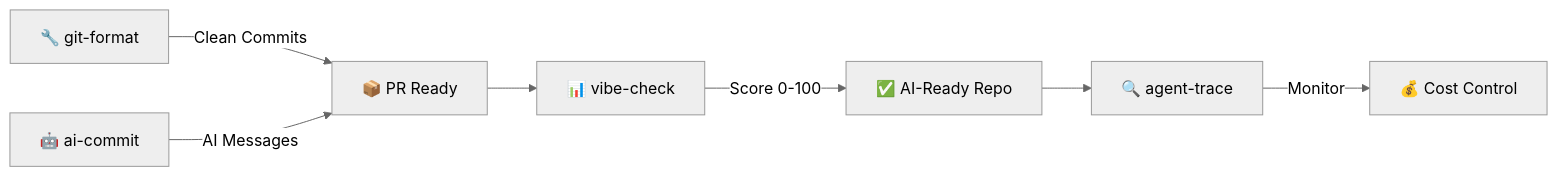
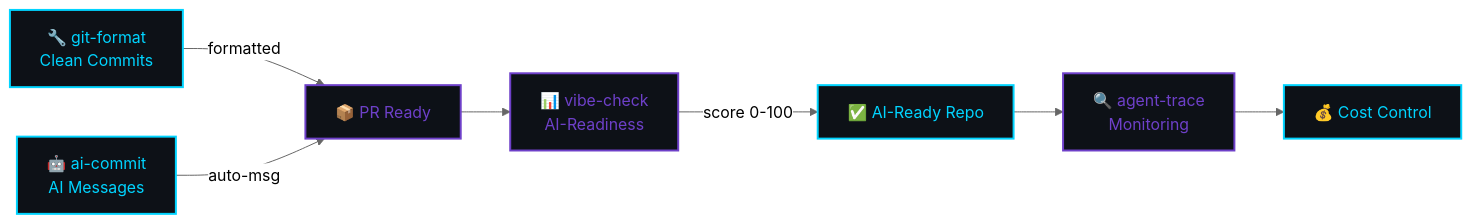
Before and after one commit to Serennity007/Serennity007: the diagram in README.md, drawn with Mermaid (neutral theme). The commit also changed other lines of this file and 1 other file, not shown here.

Commit message:
终极科技感主页：ASCII Art 头部 + Terminal 模拟器 + 打字动画 + Mermaid 工作流 + tokyonight 主题

````diff
--- a/README.md
+++ b/README.md
@@ -126,9 +191,17 @@
 ```mermaid
 graph LR
-    A[🔧 git-format] -->|Clean Commits| B[📦 PR Ready]
-    C[🤖 ai-commit] -->|AI Messages| B
-    B --> D[📊 vibe-check]
-    D -->|Score 0-100| E[✅ AI-Ready Repo]
-    E --> F[🔍 agent-trace]
-    F -->|Monitor| G[💰 Cost Control]
+    A["🔧 git-format<br/>Clean Commits"] -->|formatted| B["📦 PR Ready"]
+    C["🤖 ai-commit<br/>AI Messages"] -->|auto-msg| B
+    B --> D["📊 vibe-check<br/>AI-Readiness"]
+    D -->|"score 0-100"| E["✅ AI-Ready Repo"]
+    E --> F["🔍 agent-trace<br/>Monitoring"]
+    F --> G["💰 Cost Control"]
+
+    style A fill:#0d1117,stroke:#00d4ff,stroke-width:2px,color:#00d4ff
+    style B fill:#0d1117,stroke:#6e40c9,stroke-width:2px,color:#6e40c9
+    style C fill:#0d1117,stroke:#00d4ff,stroke-width:2px,color:#00d4ff
+    style D fill:#0d1117,stroke:#6e40c9,stroke-width:2px,color:#6e40c9
+    style E fill:#0d1117,stroke:#00d4ff,stroke-width:2px,color:#00d4ff
+    style F fill:#0d1117,stroke:#6e40c9,stroke-width:2px,color:#6e40c9
+    style G fill:#0d1117,stroke:#00d4ff,stroke-width:2px,color:#00d4ff
 ```
````
